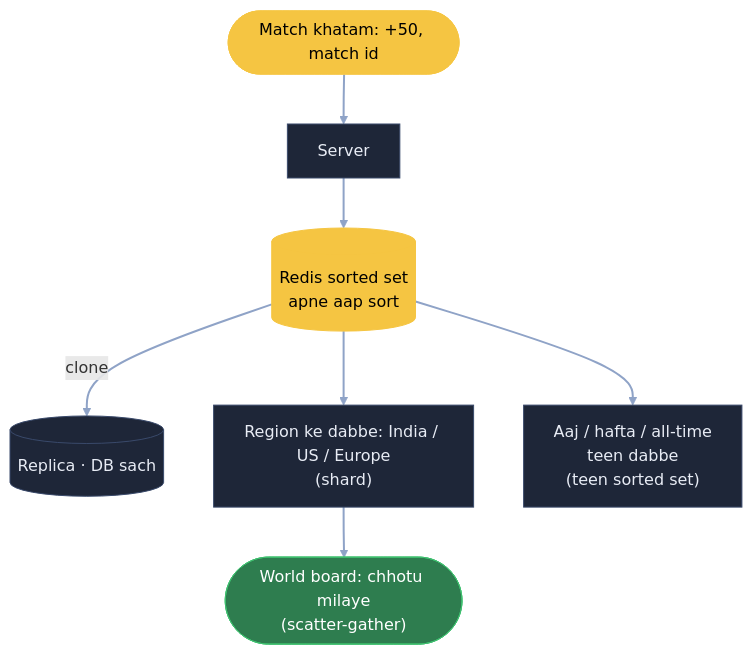
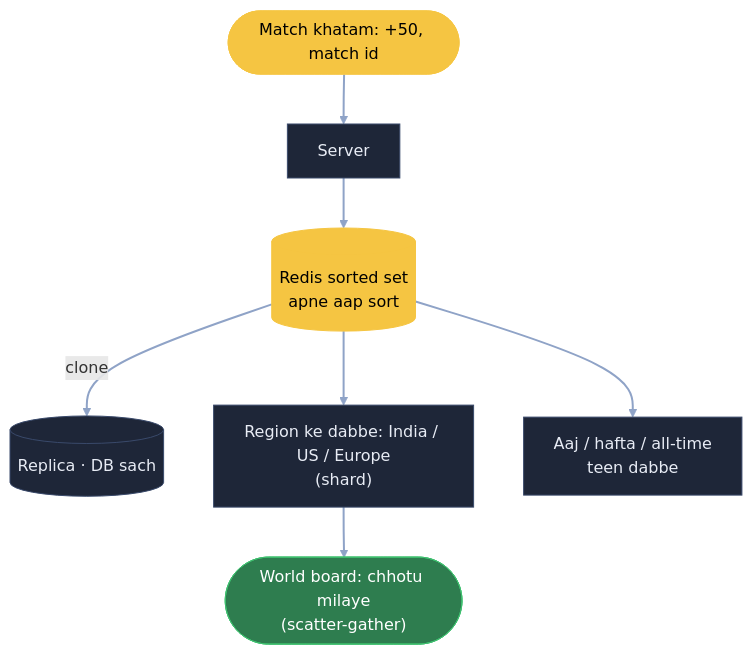
One commit to ArpanMaheshwari144/Prep changed the eighth of 8 diagrams in 04_HLD/SYSTEM_DESIGNS/16_leaderboard/16_leaderboard.md. Above: the diagram before and after it, drawn with Mermaid. The commit also changed other lines of this file and 20 other files, not shown here.

Commit message:
Diagram: sirf hand notes wale naam rahe (66 apne joda naam hataye); README 22-Nov tak update

````diff
--- a/04_HLD/SYSTEM_DESIGNS/16_leaderboard/16_leaderboard.md
+++ b/04_HLD/SYSTEM_DESIGNS/16_leaderboard/16_leaderboard.md
@@ -406,14 +406,14 @@
 ```mermaid
 flowchart TB
     M(["Match khatam: +50, match id"]):::pill --> S["Server"]:::card
     S --> Z[("Redis sorted set<br/>apne aap sort")]:::pill
     Z -- "clone" --> REP[("Replica · DB sach")]:::card
     Z --> RG["Region ke dabbe: India / US / Europe<br/>(shard)"]:::card
     RG --> W(["World board: chhotu milaye<br/>(scatter-gather)"]):::good
-    Z --> T["Aaj / hafta / all-time<br/>teen dabbe<br/>(teen sorted set)"]:::card
+    Z --> T["Aaj / hafta / all-time<br/>teen dabbe"]:::card
     linkStyle default stroke:#8fa3c7,stroke-width:2px
     classDef card fill:#1e2638,stroke:#3a4a6b,color:#e8ecf5
     classDef pill fill:#f5c542,stroke:#f5c542,color:#000
     classDef good fill:#2e7d4f,stroke:#3fbf6f,color:#fff
     classDef bad fill:#5c1f24,stroke:#e05561,color:#fff
 ```
````
